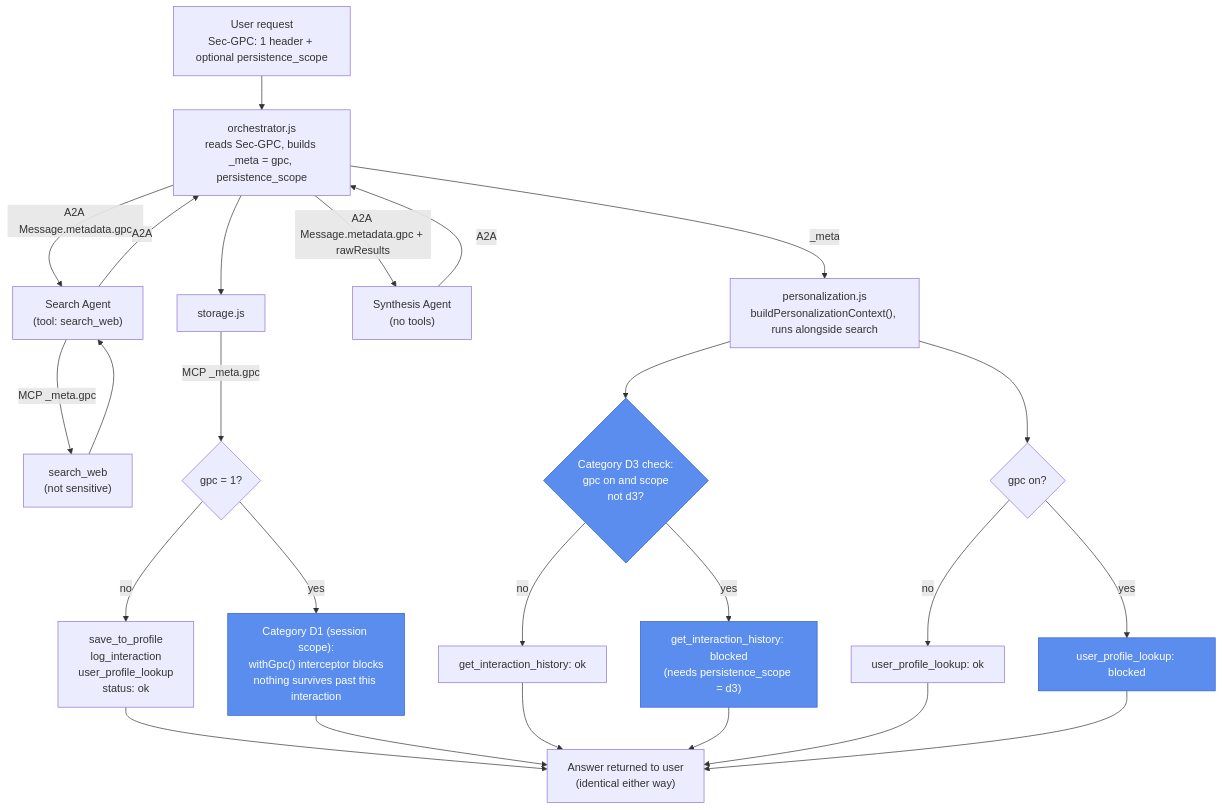
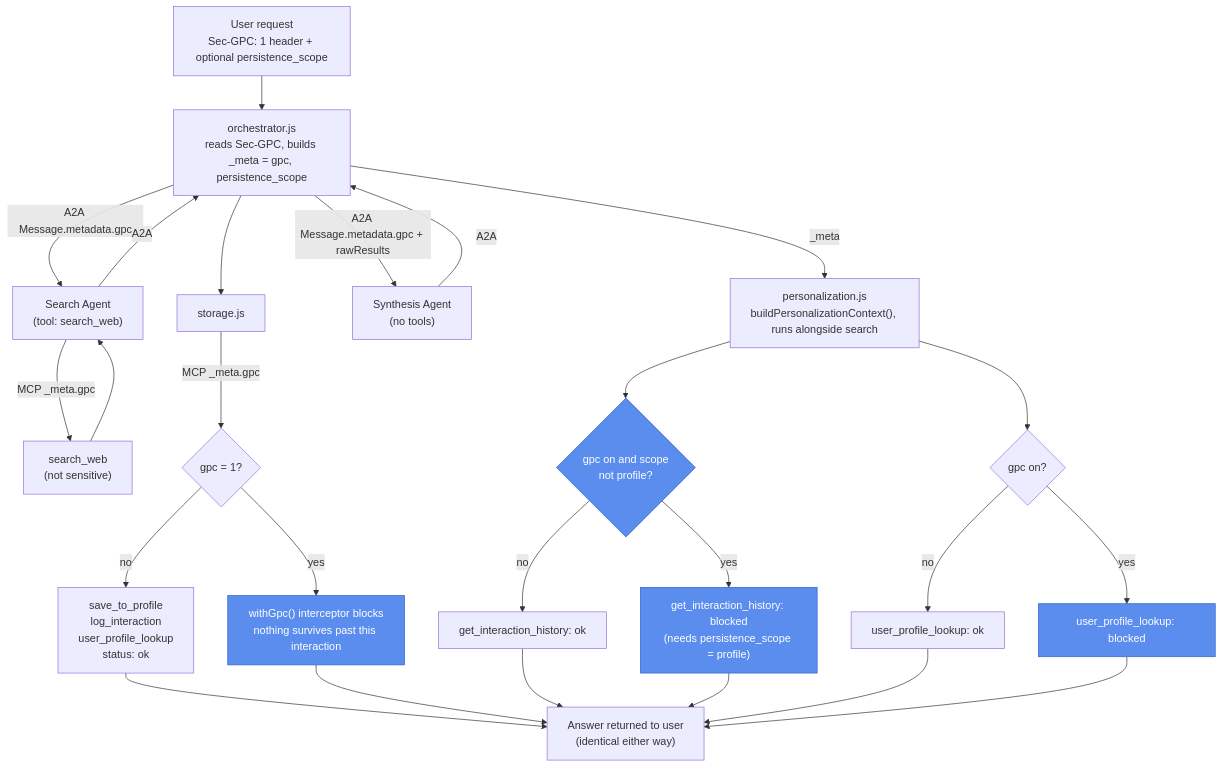
One commit to privacy-tech-lab/gpc-ai-agents-prototypes changed the diagram in prototype-1/README.md. Above: the diagram before and after it, drawn with Mermaid. The commit also changed other lines of this file and 82 other files, not shown here.

````diff
--- a/prototype-1/README.md
+++ b/prototype-1/README.md
@@ -19,30 +19,30 @@
 ```mermaid
 flowchart TD
     U["User request\nSec-GPC: 1 header + optional persistence_scope"] --> O["orchestrator.js\nreads Sec-GPC, builds _meta = gpc, persistence_scope"]
     O -- "A2A Message.metadata.gpc" --> SA["Search Agent\n(tool: search_web)"]
     SA -- "MCP _meta.gpc" --> TS["search_web\n(not sensitive)"]
     TS --> SA
     O -- "_meta" --> PC["personalization.js\nbuildPersonalizationContext(), runs alongside search"]
-    PC --> H{"Category D3 check:\ngpc on and scope\nnot d3?"}
-    H -- "yes" --> HBLK["get_interaction_history: blocked\n(needs persistence_scope = d3)"]
+    PC --> H{"gpc on and scope\nnot profile?"}
+    H -- "yes" --> HBLK["get_interaction_history: blocked\n(needs persistence_scope = profile)"]
     H -- "no" --> HOK["get_interaction_history: ok"]
     PC --> P{"gpc on?"}
     P -- "yes" --> PBLK["user_profile_lookup: blocked"]
     P -- "no" --> POK["user_profile_lookup: ok"]
     SA -- "A2A" --> O
     O -- "A2A Message.metadata.gpc + rawResults" --> SY["Synthesis Agent\n(no tools)"]
     SY -- "A2A" --> O
     O --> ST["storage.js"]
     ST -- "MCP _meta.gpc" --> G{"gpc = 1?"}
     G -- "no" --> W["save_to_profile\nlog_interaction\nuser_profile_lookup\nstatus: ok"]
-    G -- "yes" --> B["Category D1 (session scope):\nwithGpc() interceptor blocks\nnothing survives past this interaction"]
+    G -- "yes" --> B["withGpc() interceptor blocks\nnothing survives past this interaction"]
     W --> R["Answer returned to user\n(identical either way)"]
     B --> R
     HOK --> R
     HBLK --> R
     POK --> R
     PBLK --> R
 
-    classDef category fill:#5b8def,stroke:#2f5fce,color:#fff
-    class B,H,HBLK,PBLK category
+    classDef enforced fill:#5b8def,stroke:#2f5fce,color:#fff
+    class B,H,HBLK,PBLK enforced
 ```
````
